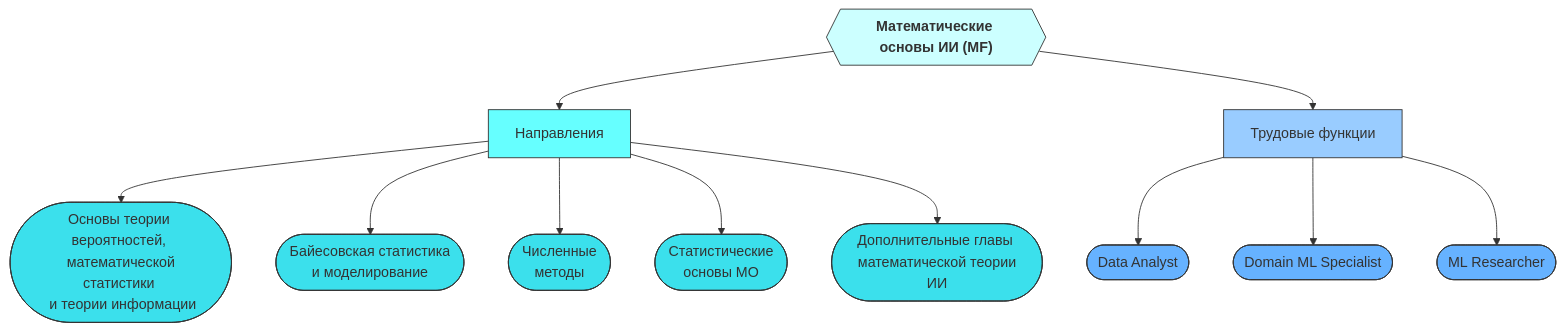
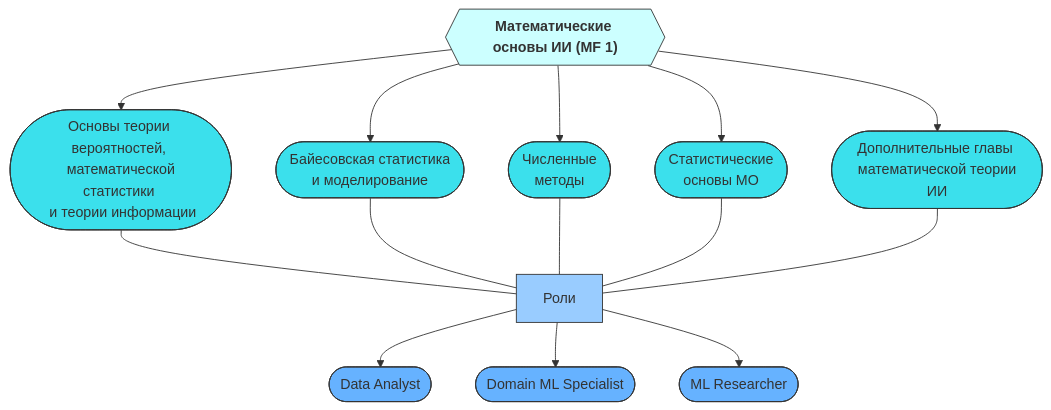
The first of 4 diagrams in README.md (aimclub/ai-competency-model), drawn with Mermaid before and after one commit. The commit also changed other lines of this file, not shown here.

````diff
--- a/README.md
+++ b/README.md
@@ -3,30 +3,34 @@
 ```mermaid
 graph TD;
 classDef areaMathStyle fill:#CCFFFF,stroke:#333,stroke-width:1px
 classDef areasMath fill:#66FFFF,stroke:#333,stroke-width:1px
 classDef jobMath fill:#99CCFF,stroke:#333,stroke-width:1px
 classDef aspectMathStyle fill:#3BE0EC,stroke:#333,stroke-width:1px
 classDef jobMathStyle fill:#66B2FF,stroke:#333,stroke-width:1px
 
-AreaMath{{"`**Математические основы ИИ (MF)**`"}}:::areaMathStyle -->apectsMath["Направления"]:::areasMath
-apectsMath -->aspectProbabilityStatistics(["Основы теории вероятностей, <br> математической статистики <br> и теории информации"]):::aspectMathStyle
-apectsMath -->aspectBayesStatistics(["Байесовская статистика <br> и моделирование"]):::aspectMathStyle
-apectsMath -->aspectNumericMethods(["Численные <br> методы"]):::aspectMathStyle
-apectsMath -->aspectMLStatistics(["Статистические <br> основы МО"]):::aspectMathStyle
-apectsMath -->aspectAdditionalAIMath(["Дополнительные главы <br> математической теории ИИ"]):::aspectMathStyle
+AreaMath{{"`**Математические основы ИИ (MF 1)**`"}}:::areaMathStyle -->aspectProbabilityStatistics(["Основы теории вероятностей, <br> математической статистики <br> и теории информации"]):::aspectMathStyle
+AreaMath -->aspectBayesStatistics(["Байесовская статистика <br> и моделирование"]):::aspectMathStyle
+AreaMath -->aspectNumericMethods(["Численные <br> методы"]):::aspectMathStyle
+AreaMath -->aspectMLStatistics(["Статистические <br> основы МО"]):::aspectMathStyle
+AreaMath -->aspectAdditionalAIMath(["Дополнительные главы <br> математической теории ИИ"]):::aspectMathStyle
 
-AreaMath -->jobsMath["Трудовые функции"]:::jobMath
+aspectProbabilityStatistics ---jobsMath["Роли"]:::jobMath
+aspectBayesStatistics ---jobsMath
+aspectNumericMethods ---jobsMath
+aspectMLStatistics ---jobsMath
+aspectAdditionalAIMath ---jobsMath
+
 jobsMath -->MathJobDataAnalyst(["Data Analyst"]):::jobMathStyle
 jobsMath -->MathJobDomainMLSpecialist(["Domain ML Specialist"]):::jobMathStyle
 jobsMath -->MathJobMLResearcher(["ML Researcher"]):::jobMathStyle
 
 click aspectProbabilityStatistics "https://github.com/VoidSubjucator/Competence-Bank/blob/main/Math/AIMathBasics/aspectProbabilityStatistics.md"
 click aspectBayesStatistics "https://github.com/VoidSubjucator/Competence-Bank/blob/main/Math/AIMathBasics/aspectBayesStatistics.md"
 click aspectNumericMethods "https://github.com/VoidSubjucator/Competence-Bank/blob/main/Math/AIMathBasics/aspectNumericMethods.md"
 click aspectMLStatistics "https://github.com/VoidSubjucator/Competence-Bank/blob/main/Math/AIMathBasics/aspectMLStatistics.md"
 click aspectAdditionalAIMath "https://github.com/VoidSubjucator/Competence-Bank/blob/main/Math/AIMathBasics/aspectAdditionalAIMath.md"
 
 click MathJobDataAnalyst "https://github.com/VoidSubjucator/Competence-Bank/blob/main/Jobs/jobDataAnalyst.md" _blank
 click MathJobDomainMLSpecialist "https://github.com/VoidSubjucator/Competence-Bank/blob/main/Jobs/jobDomainMLSpecialist.md" _blank
 click MathJobMLResearcher "https://github.com/VoidSubjucator/Competence-Bank/blob/main/Jobs/jobMLResearcher.md" _blank
 ```
````
